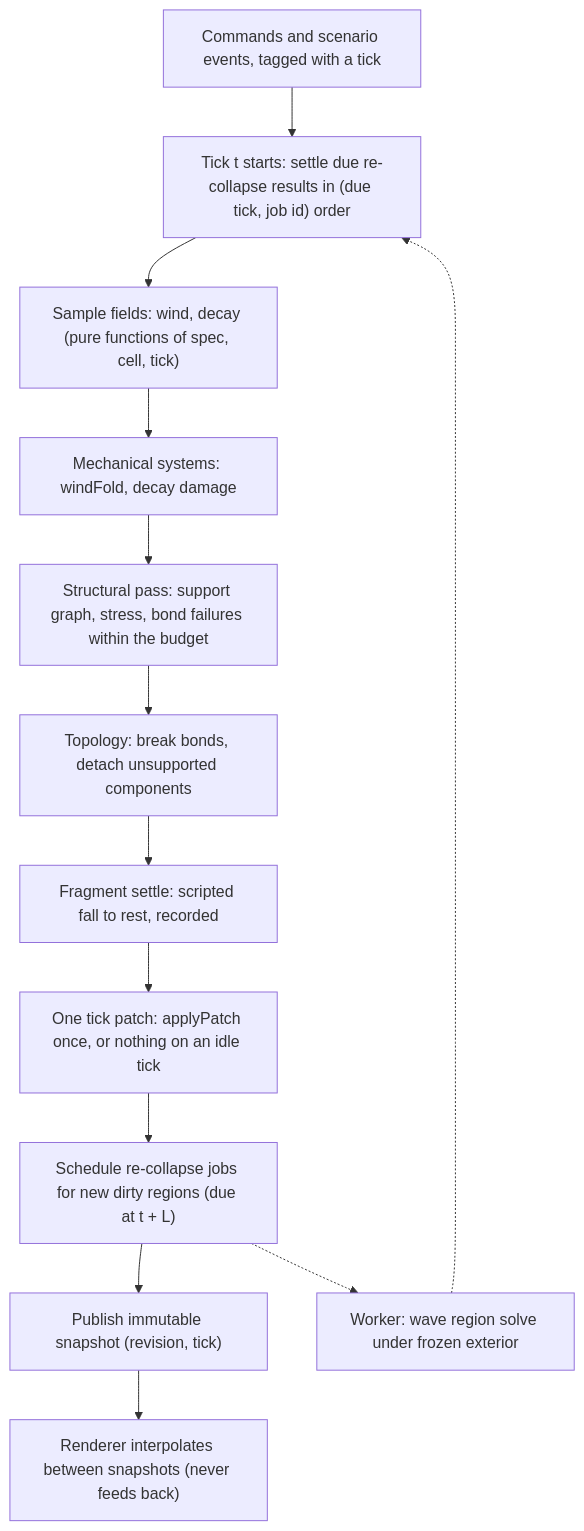
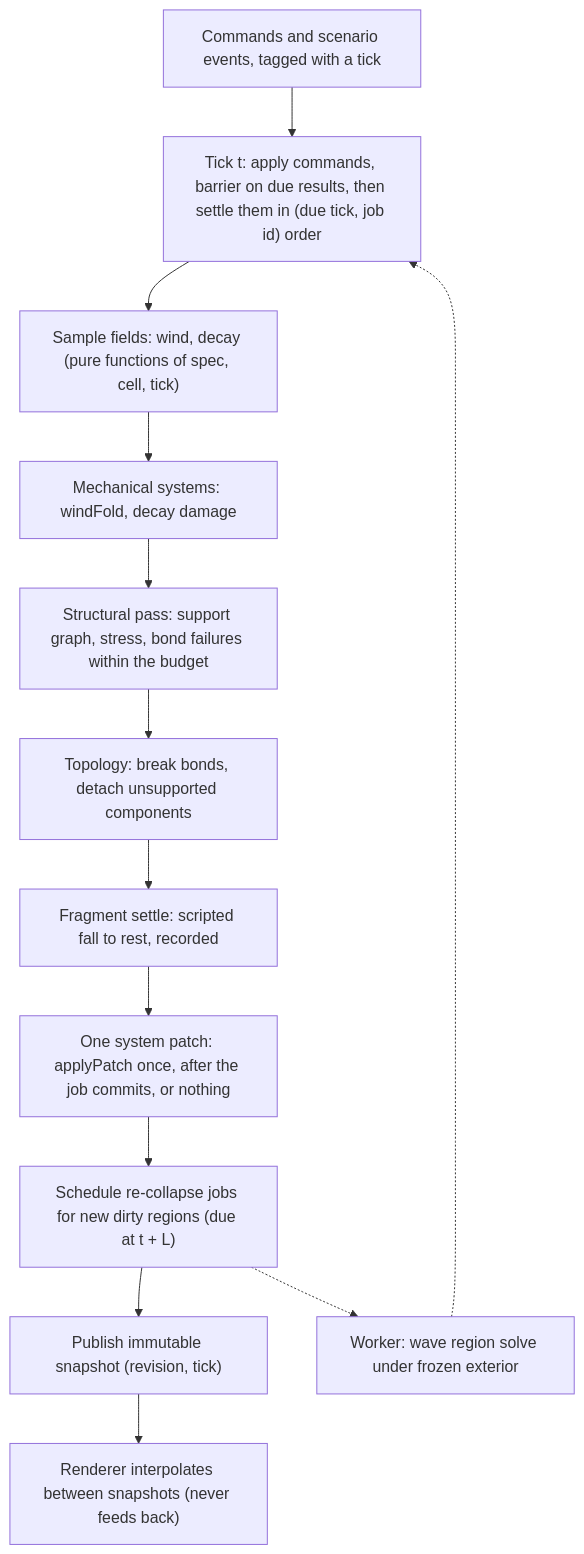
The second of 2 diagrams in docs/plans/phase-4-collapse-proposal.md (cuongtranba/eschaton), drawn with Mermaid before and after one commit. The commit also changed other lines of this file and 4 other files, not shown here.

````diff
--- a/docs/plans/phase-4-collapse-proposal.md
+++ b/docs/plans/phase-4-collapse-proposal.md
@@ -55,15 +56,15 @@
 ```mermaid
 flowchart TD
-  CMD["Commands and scenario events, tagged with a tick"] --> T0["Tick t starts: settle due re-collapse results in (due tick, job id) order"]
+  CMD["Commands and scenario events, tagged with a tick"] --> T0["Tick t: apply commands, barrier on due results, then settle them in (due tick, job id) order"]
   T0 --> F["Sample fields: wind, decay (pure functions of spec, cell, tick)"]
   F --> M["Mechanical systems: windFold, decay damage"]
   M --> S["Structural pass: support graph, stress, bond failures within the budget"]
   S --> TOPO["Topology: break bonds, detach unsupported components"]
   TOPO --> FR["Fragment settle: scripted fall to rest, recorded"]
-  FR --> P["One tick patch: applyPatch once, or nothing on an idle tick"]
+  FR --> P["One system patch: applyPatch once, after the job commits, or nothing"]
   P --> J["Schedule re-collapse jobs for new dirty regions (due at t + L)"]
   J --> SNAP["Publish immutable snapshot (revision, tick)"]
   SNAP --> R["Renderer interpolates between snapshots (never feeds back)"]
   J -.-> WK["Worker: wave region solve under frozen exterior"]
   WK -.-> T0
 ```
````
